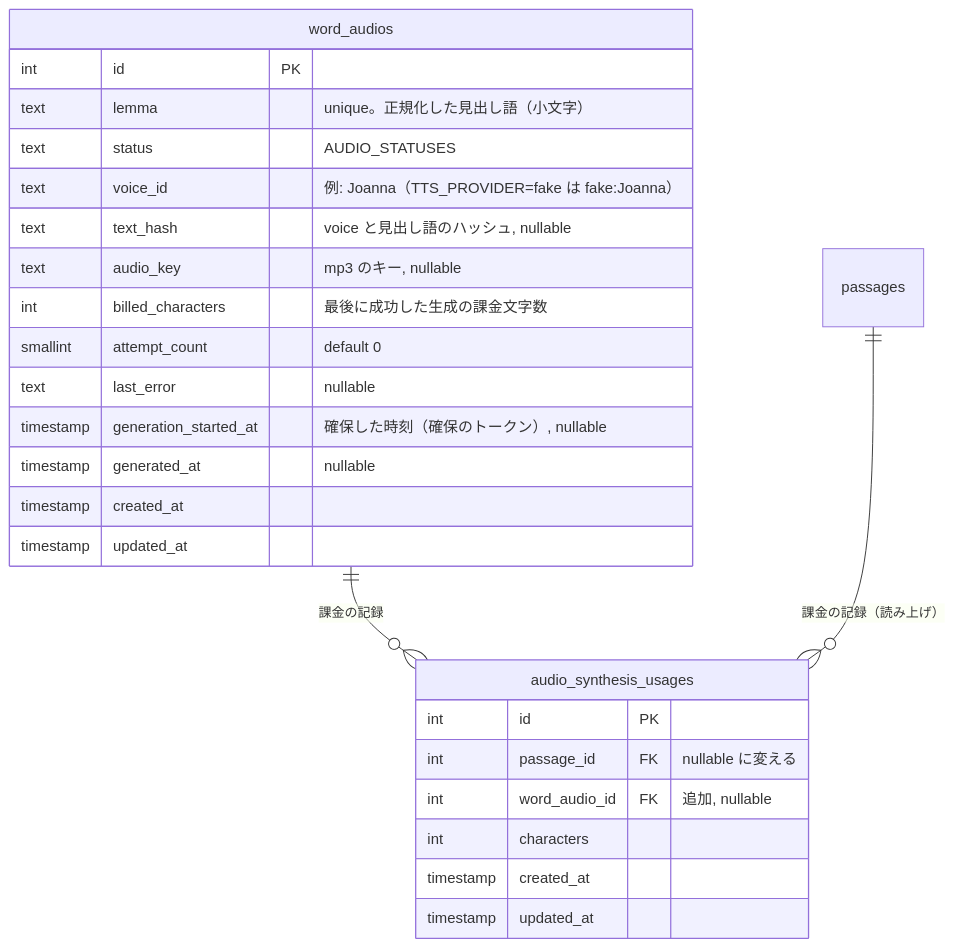
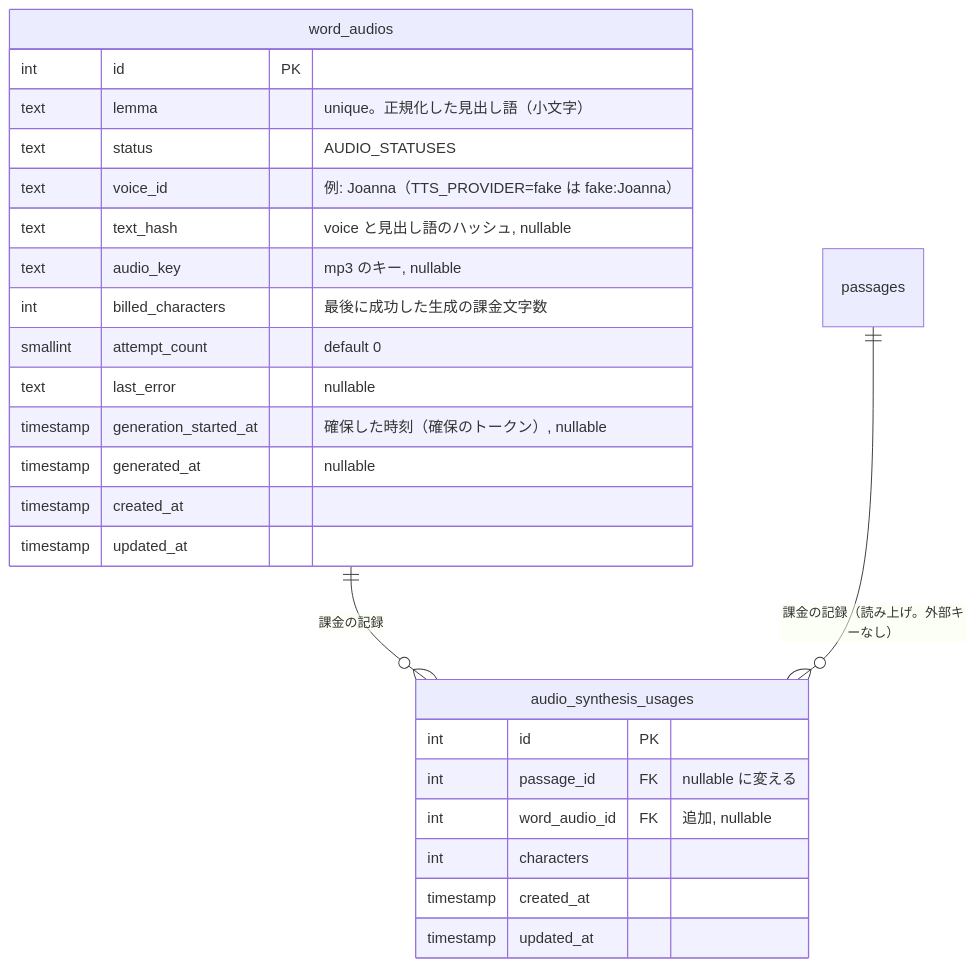
One commit to kentakki416/tech-english changed the first of 2 diagrams in docs/spec/vocabulary-pronunciation/README.md. Above: the diagram before and after it, drawn with Mermaid. The commit also changed 8 other files, not shown here.

````diff
--- a/docs/spec/vocabulary-pronunciation/README.md
+++ b/docs/spec/vocabulary-pronunciation/README.md
@@ -325,29 +325,29 @@
 ```mermaid
 erDiagram
     word_audios ||--o{ audio_synthesis_usages : "課金の記録"
-    passages ||--o{ audio_synthesis_usages : "課金の記録（読み上げ）"
+    passages ||--o{ audio_synthesis_usages : "課金の記録（読み上げ。外部キーなし）"
 
     word_audios {
         int id PK
         text lemma "unique。正規化した見出し語（小文字）"
         text status "AUDIO_STATUSES"
         text voice_id "例: Joanna（TTS_PROVIDER=fake は fake:Joanna）"
         text text_hash "voice と見出し語のハッシュ, nullable"
         text audio_key "mp3 のキー, nullable"
         int billed_characters "最後に成功した生成の課金文字数"
         smallint attempt_count "default 0"
         text last_error "nullable"
         timestamp generation_started_at "確保した時刻（確保のトークン）, nullable"
         timestamp generated_at "nullable"
         timestamp created_at
         timestamp updated_at
     }
     audio_synthesis_usages {
         int id PK
         int passage_id FK "nullable に変える"
         int word_audio_id FK "追加, nullable"
         int characters
         timestamp created_at
         timestamp updated_at
     }
 ```
````
